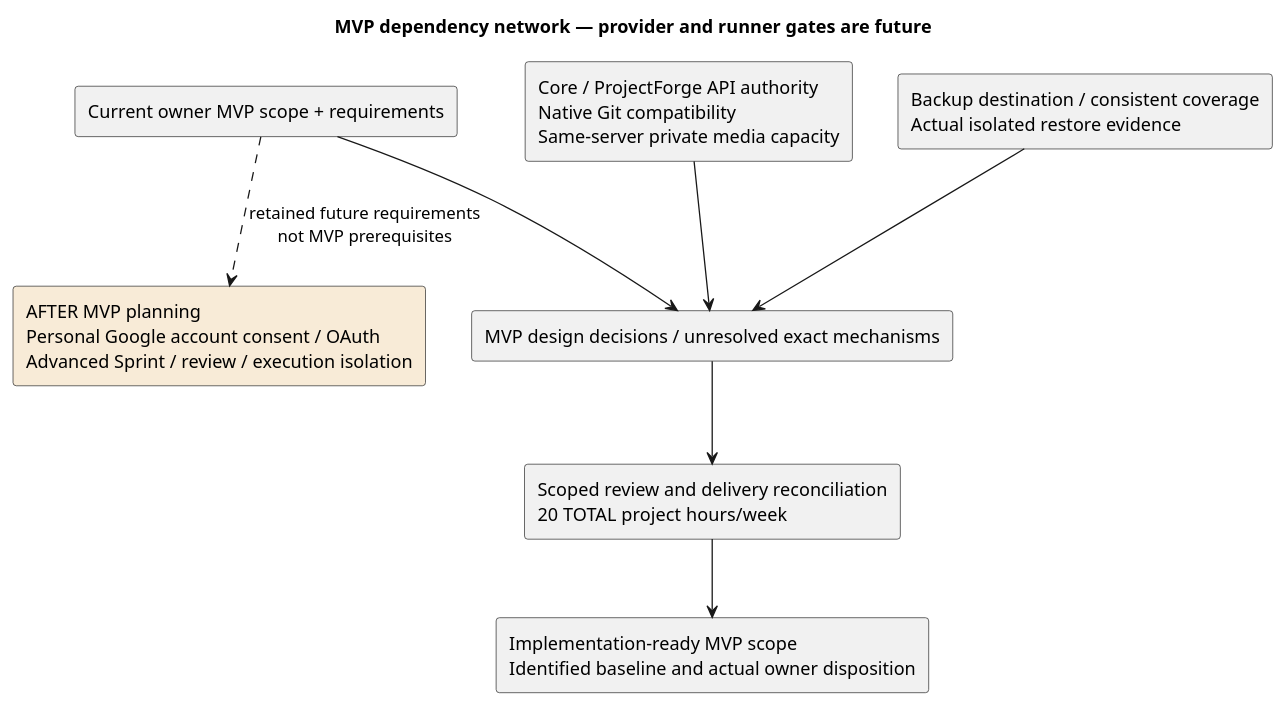
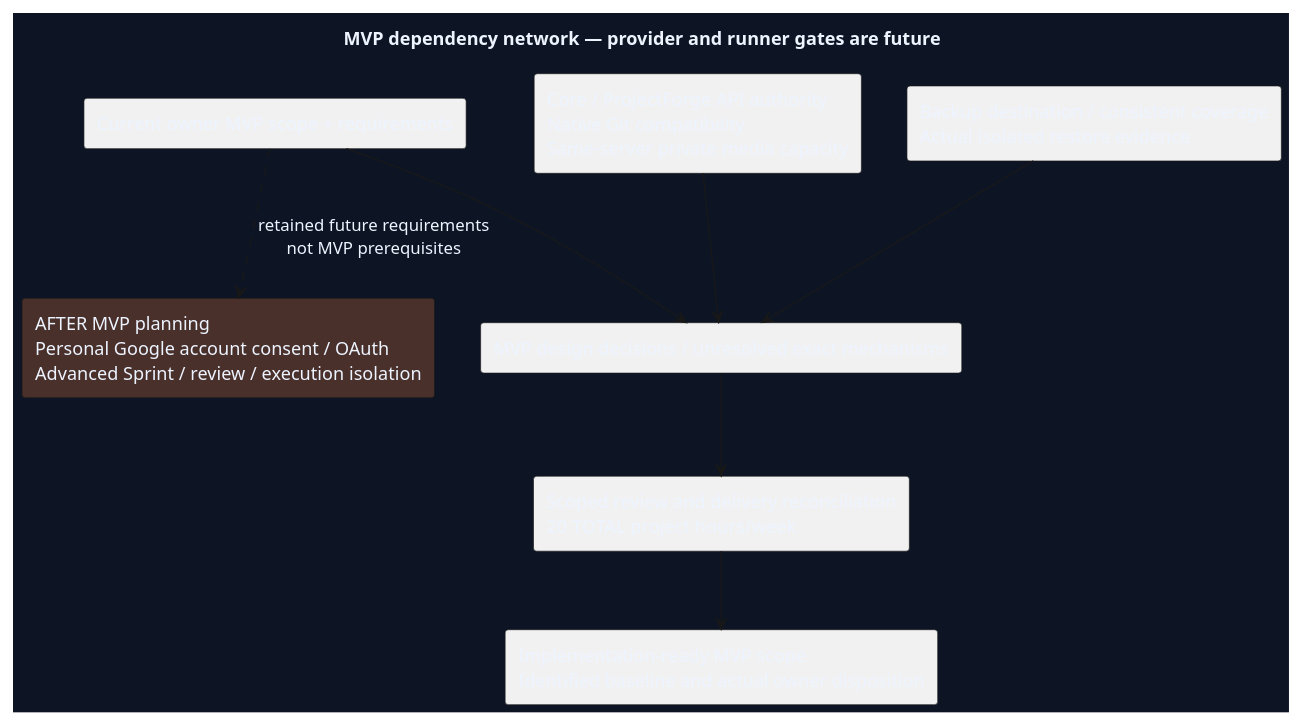
The diagram in Docs/SDLC/03-System-Analysis/Diagrams/Handoff-Dependency-Network.puml (Farhad-V/Web-Resumefolio), drawn with PlantUML before and after one commit. The commit also changed 1772 other files, not shown here.

```diff
--- a/Docs/SDLC/03-System-Analysis/Diagrams/Handoff-Dependency-Network.puml
+++ b/Docs/SDLC/03-System-Analysis/Diagrams/Handoff-Dependency-Network.puml
@@ -1,19 +1,20 @@
 @startuml
 title MVP dependency network — provider and runner gates are future
-skinparam backgroundColor white
+skinparam backgroundColor #0D1525
+skinparam defaultFontColor #EDF4FF
 skinparam shadowing false
 skinparam defaultFontName Arial
 rectangle "Current owner MVP scope + requirements" as R
 rectangle "Core / ProjectForge API authority\nNative Git compatibility\nSame-server private media capacity" as C
 rectangle "Backup destination / consistent coverage\nActual isolated restore evidence" as B
 rectangle "MVP design decisions / unresolved exact mechanisms" as D
 rectangle "Scoped review and delivery reconciliation\n20 TOTAL project hours/week" as V
 rectangle "Implementation-ready MVP scope\nIdentified baseline and actual owner disposition" as READY
 R --> D
 C --> D
 B --> D
 D --> V
 V --> READY
-rectangle "AFTER MVP planning\nPersonal Google account consent / OAuth\nAdvanced Sprint / review / execution isolation" as F #F8EBD7
+rectangle "AFTER MVP planning\nPersonal Google account consent / OAuth\nAdvanced Sprint / review / execution isolation" as F #4A302B
 R ..> F : retained future requirements\nnot MVP prerequisites
 @enduml
```
